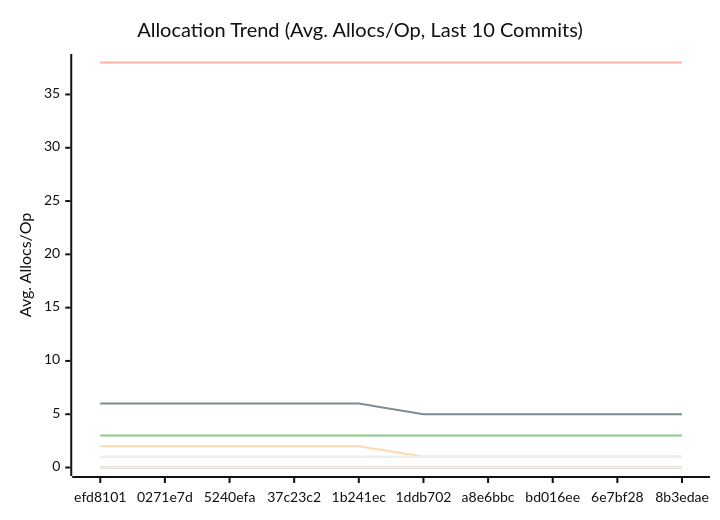
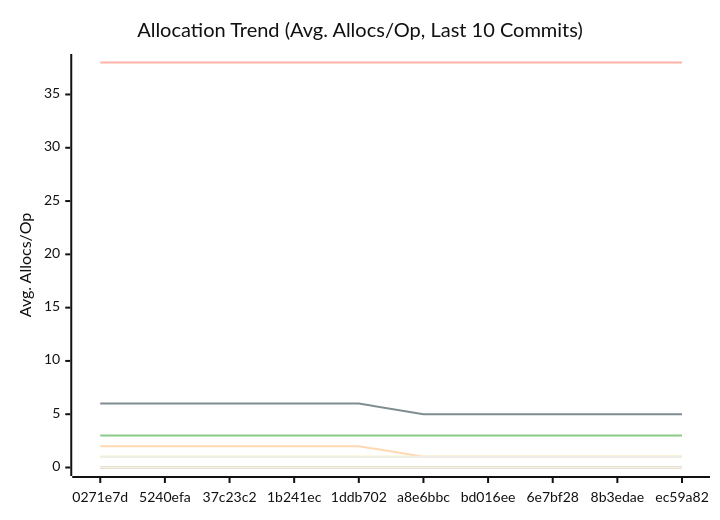
The third of 3 diagrams in docs/PERFORMANCE.md (alsotoes/momo), drawn with Mermaid (neutral theme) before and after one commit. The commit also changed other lines of this file and 5 other files, not shown here.

````diff
--- a/docs/PERFORMANCE.md
+++ b/docs/PERFORMANCE.md
@@ -176,18 +176,18 @@
 ```mermaid
 xychart-beta
     title "Allocation Trend (Avg. Allocs/Op, Last 10 Commits)"
     x-axis "Commit"
     y-axis "Avg. Allocs/Op"
-    x-axis [efd8101,0271e7d,5240efa,37c23c2,1b241ec,1ddb702,a8e6bbc,bd016ee,6e7bf28,8b3edae]
+    x-axis [0271e7d,5240efa,37c23c2,1b241ec,1ddb702,a8e6bbc,bd016ee,6e7bf28,8b3edae,ec59a82]
     line "CheckMetricsAndSwap" [0,0,0,0,0,0,0,0,0,0]
     line "CrushOptimized" [0,0,0,0,0,0,0,0,0,0]
     line "CrushOriginal" [3,3,3,3,3,3,3,3,3,3]
     line "IndexDirectTracking" [0,0,0,0,0,0,0,0,0,0]
     line "IndexSearch" [0,0,0,0,0,0,0,0,0,0]
     line "LoadGlobalConfig" [38,38,38,38,38,38,38,38,38,38]
     line "PadString" [1,1,1,1,1,1,1,1,1,1]
     line "ParseReplicationOrder_NoPrealloc" [6,6,6,6,6,5,5,5,5,5]
     line "ParseReplicationOrder_Prealloc" [2,2,2,2,2,1,1,1,1,1]
     line "SanitizeLog/Safe" [0,0,0,0,0,0,0,0,0,0]
     line "SanitizeLog/Unsafe" [1,1,1,1,1,1,1,1,1,1]
 ```
````
